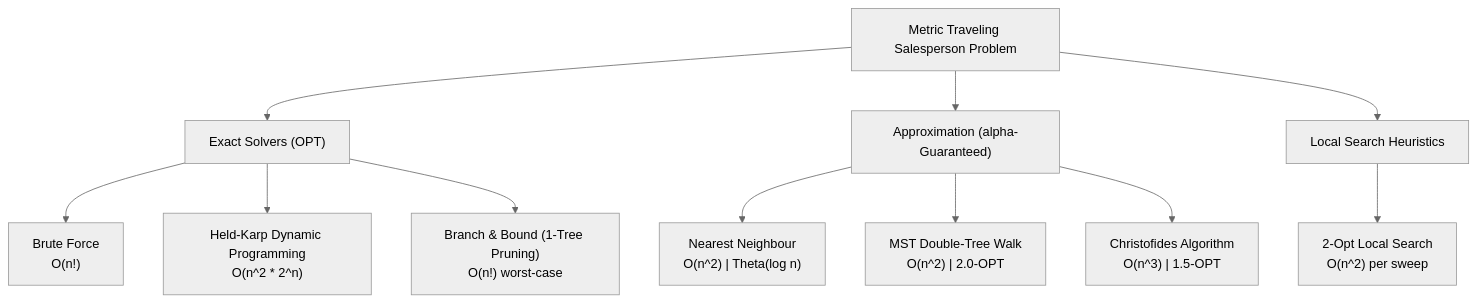
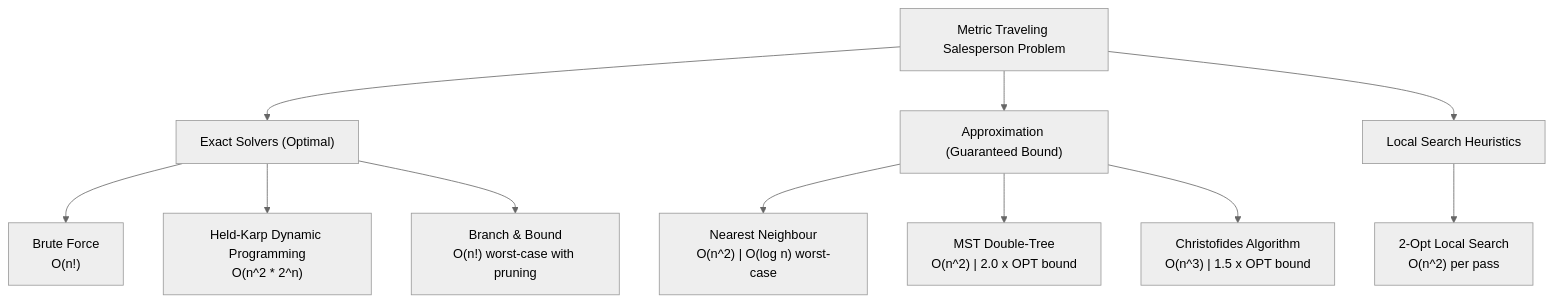
The first of 2 diagrams in README.md (AdityaWagh19/TSP-Solver), drawn with Mermaid (neutral theme) before and after one commit. The commit also changed other lines of this file and 1 other file, not shown here.

````diff
--- a/README.md
+++ b/README.md
@@ -26,16 +24,16 @@
 ```mermaid
 graph TD
-    TSP["Metric Traveling Salesperson Problem"] --> Exact["Exact Solvers (OPT)"]
-    TSP --> Approx["Approximation (alpha-Guaranteed)"]
+    TSP["Metric Traveling Salesperson Problem"] --> Exact["Exact Solvers (Optimal)"]
+    TSP --> Approx["Approximation (Guaranteed Bound)"]
     TSP --> Heuristic["Local Search Heuristics"]
 
     Exact --> BF["Brute Force<br>O(n!)"]
     Exact --> HK["Held-Karp Dynamic Programming<br>O(n^2 * 2^n)"]
-    Exact --> BnB["Branch & Bound (1-Tree Pruning)<br>O(n!) worst-case"]
+    Exact --> BnB["Branch & Bound<br>O(n!) worst-case with pruning"]
 
-    Approx --> NN["Nearest Neighbour<br>O(n^2) | Theta(log n)"]
-    Approx --> MST["MST Double-Tree Walk<br>O(n^2) | 2.0-OPT"]
-    Approx --> CH["Christofides Algorithm<br>O(n^3) | 1.5-OPT"]
+    Approx --> NN["Nearest Neighbour<br>O(n^2) | O(log n) worst-case"]
+    Approx --> MST["MST Double-Tree<br>O(n^2) | 2.0 x OPT bound"]
+    Approx --> CH["Christofides Algorithm<br>O(n^3) | 1.5 x OPT bound"]
 
-    Heuristic --> TwoOpt["2-Opt Local Search<br>O(n^2) per sweep"]
+    Heuristic --> TwoOpt["2-Opt Local Search<br>O(n^2) per pass"]
 ```
````
